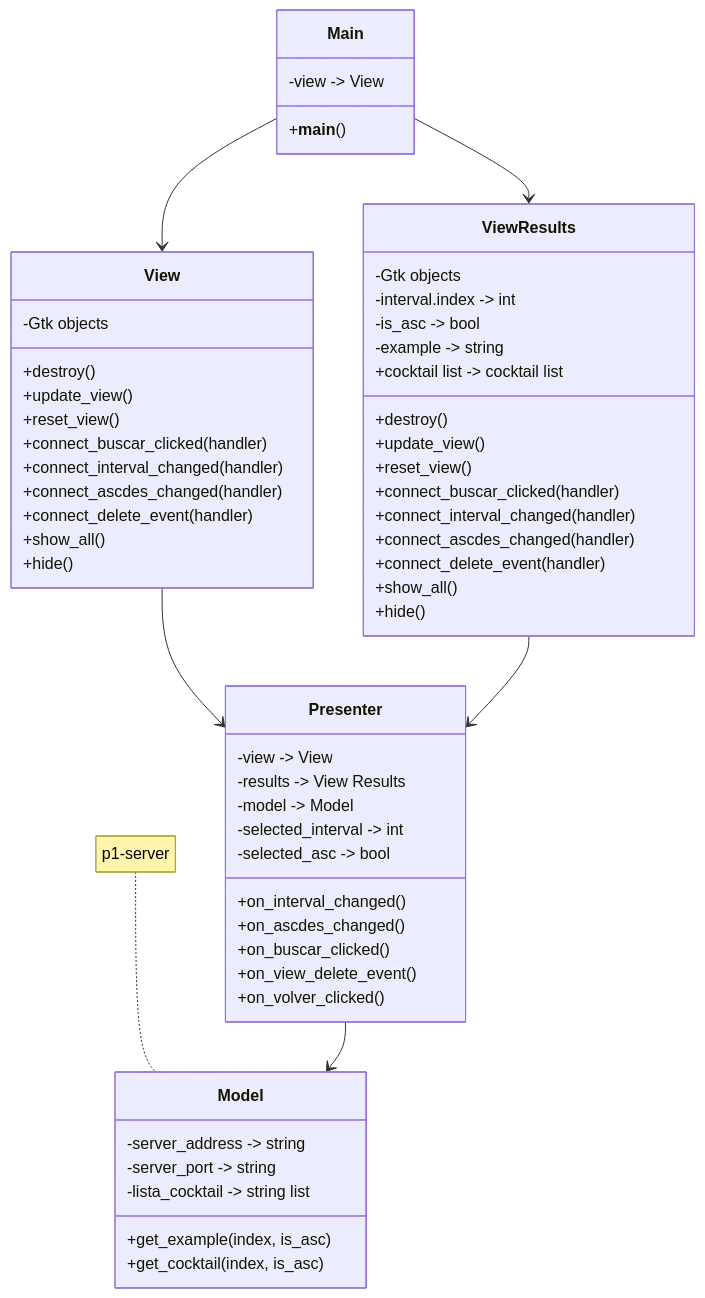
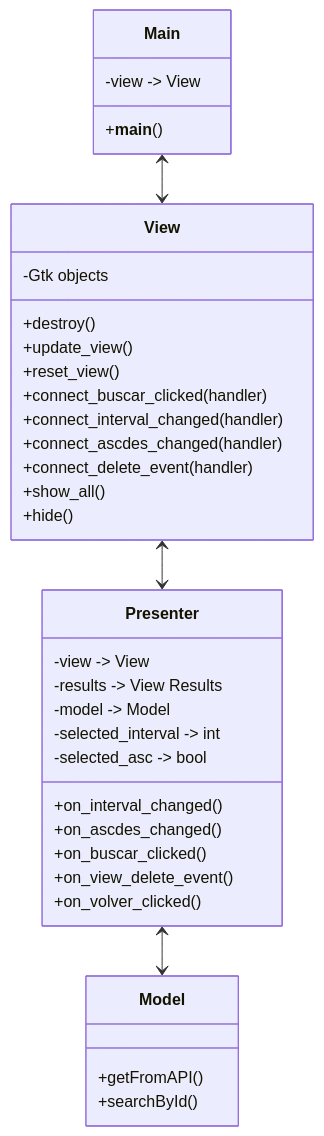
Before and after one commit to braisf03/IPM: the first of 2 diagrams in diseño-sw.md, drawn with Mermaid.

````diff
--- a/diseño-sw.md
+++ b/diseño-sw.md
@@ -7,62 +7,40 @@
 ```mermaid
 classDiagram
-    Main --> View
-    Main --> View Results
-    View --> Presenter
-    View Results --> Presenter
-    Presenter --> Model
+    Main <--> View
+    View <--> Presenter
+    Presenter <--> Model
+
     class Main
     Main: -view -> View
     Main: +__main__()
-
-    note for Model "p1-server"
 
     class View
     View : -Gtk objects
     View : +destroy()
     View : +update_view()
     View : +reset_view()
     View : +connect_buscar_clicked(handler)
     View : +connect_interval_changed(handler)
     View : +connect_ascdes_changed(handler)
     View : +connect_delete_event(handler)
     View : +show_all()
     View : +hide()
-
-    class View Results
-    View Results : -Gtk objects
-    View Results : -interval.index -> int
-    View Results : -is_asc -> bool
-    View Results : -example -> string
-    View Results : +cocktail list -> cocktail list
-    View Results : +destroy()
-    View Results : +update_view()
-    View Results : +reset_view()
-    View Results : +connect_buscar_clicked(handler)
-    View Results : +connect_interval_changed(handler)
-    View Results : +connect_ascdes_changed(handler)
-    View Results : +connect_delete_event(handler)
-    View Results : +show_all()
-    View Results : +hide()
 
     class Presenter
     Presenter : -view -> View
     Presenter : -results -> View Results
     Presenter : -model -> Model
     Presenter : -selected_interval -> int
     Presenter : -selected_asc -> bool
     Presenter : +on_interval_changed()
     Presenter : +on_ascdes_changed()
     Presenter : +on_buscar_clicked()
     Presenter : +on_view_delete_event()
     Presenter : +on_volver_clicked()
 
     class Model
-    Model : -server_address -> string
-    Model : -server_port -> string
-    Model : -lista_cocktail -> string list
-    Model : +get_example(index, is_asc)
-    Model : +get_cocktail(index, is_asc)
+    Model : +getFromAPI()
+    Model : +searchById()
 
 
 ```
````
